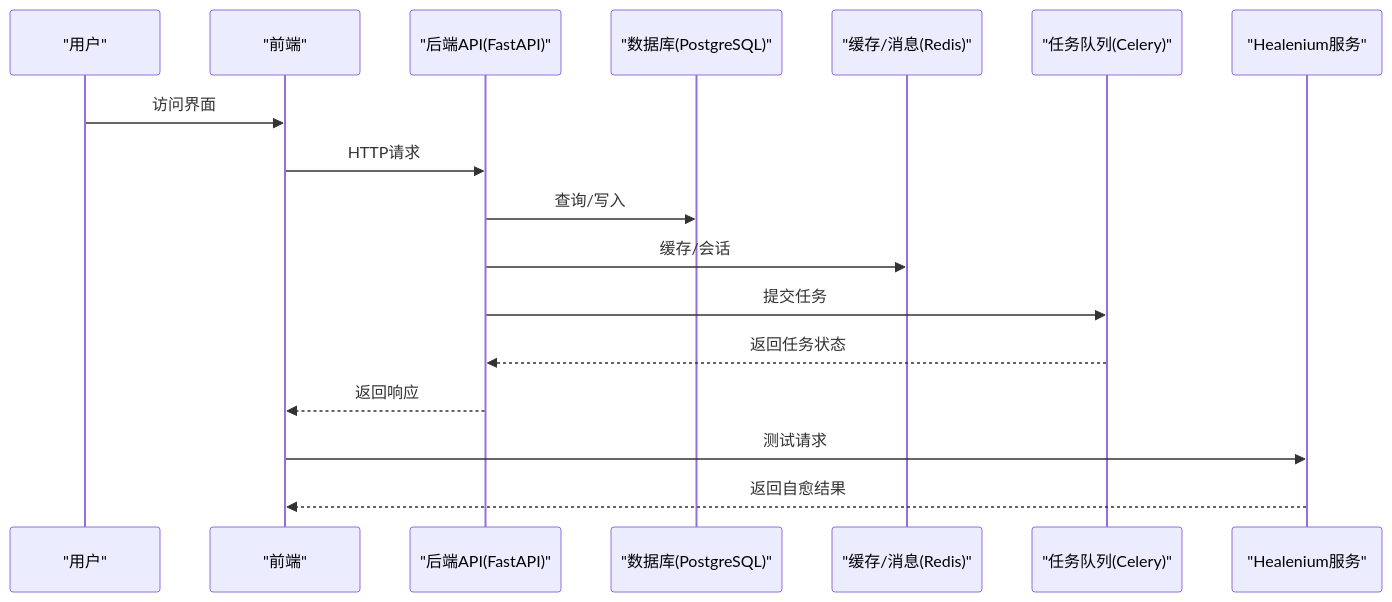
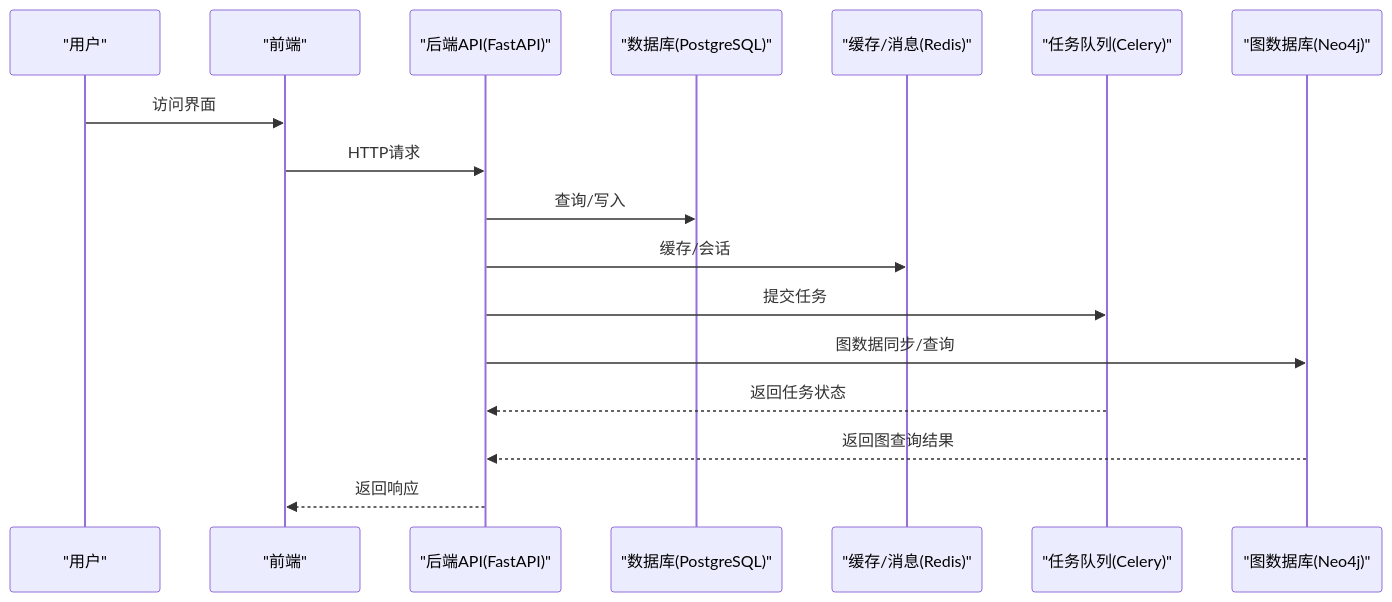
The second of 5 diagrams in .qoder/repowiki/zh/content/部署与运维/部署与运维.md (xfbyxq/ai-novel-system), drawn with Mermaid before and after one commit. The commit also changed other lines of this file and 19 other files, not shown here.

First line of the commit message:
feat(graph): 新增图数据库完整支持与AI聊天集成

````diff
--- a/.qoder/repowiki/zh/content/部署与运维/部署与运维.md
+++ b/.qoder/repowiki/zh/content/部署与运维/部署与运维.md
@@ -142,19 +144,19 @@
 ```mermaid
 sequenceDiagram
 participant U as "用户"
 participant FE as "前端"
 participant API as "后端API(FastAPI)"
 participant DB as "数据库(PostgreSQL)"
 participant RC as "缓存/消息(Redis)"
 participant Q as "任务队列(Celery)"
-participant HT as "Healenium服务"
+participant GD as "图数据库(Neo4j)"
 U->>FE : 访问界面
 FE->>API : HTTP请求
 API->>DB : 查询/写入
 API->>RC : 缓存/会话
 API->>Q : 提交任务
+API->>GD : 图数据同步/查询
 Q-->>API : 返回任务状态
+GD-->>API : 返回图查询结果
 API-->>FE : 返回响应
-FE->>HT : 测试请求
-HT-->>FE : 返回自愈结果
 ```
````
